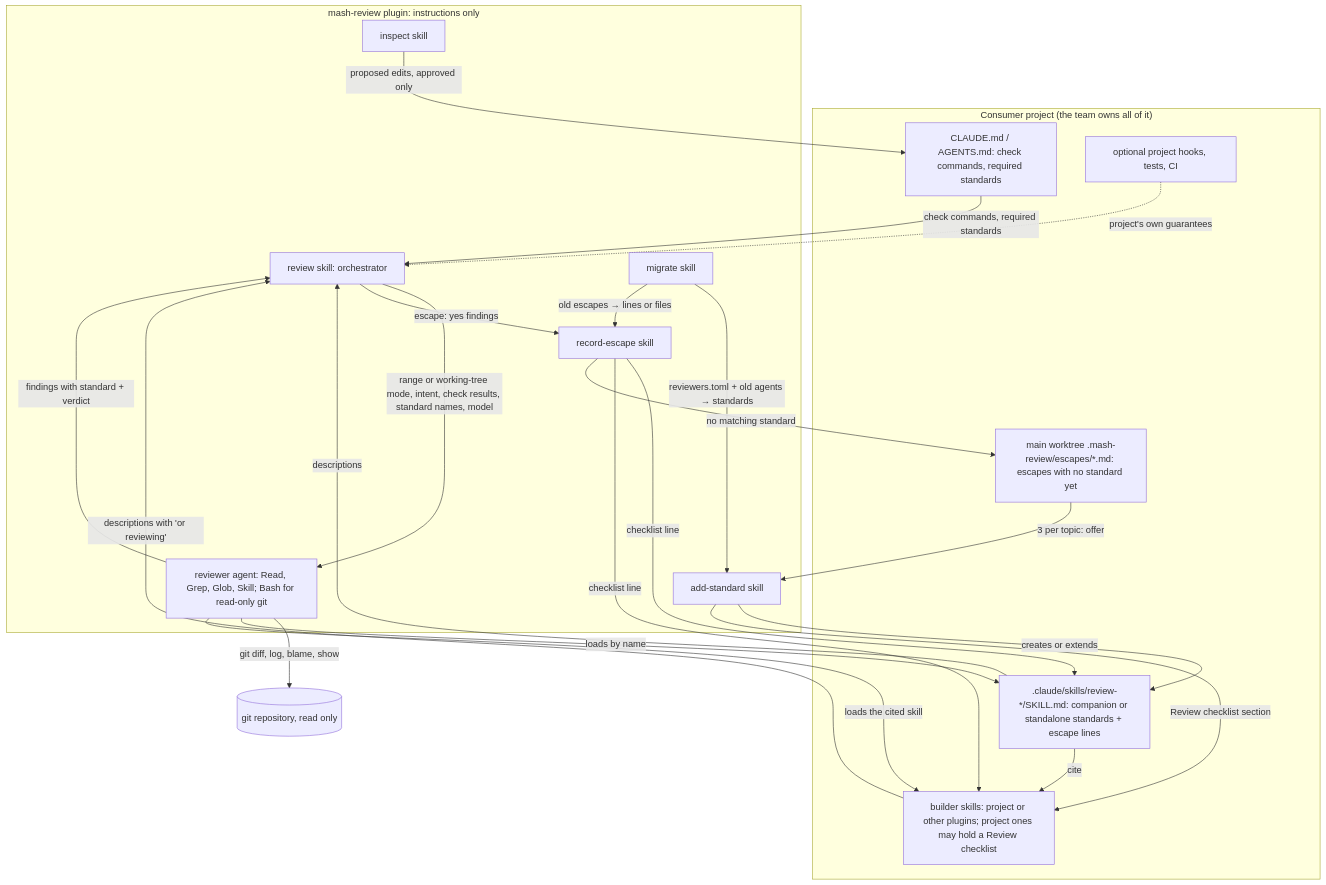
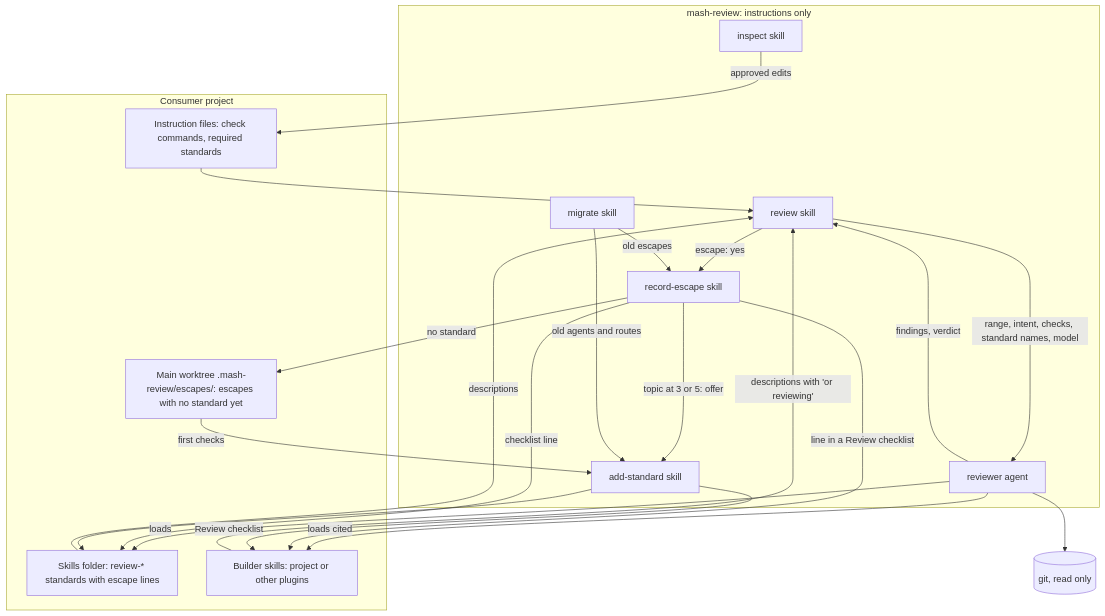
The first of 4 diagrams in docs/specs/mash-review.md (svelasquezr/mash-workbench-marketplace), drawn with Mermaid before and after one commit. The commit also changed other lines of this file and 12 other files, not shown here.

First line of the commit message:
fix(mash-review): apply the PR review: shorter spec, secrets rule, severity, Copilot CLI folders

````diff
--- a/docs/specs/mash-review.md
+++ b/docs/specs/mash-review.md
@@ -117,40 +64,40 @@
 ```mermaid
 flowchart TB
-  subgraph project["Consumer project (the team owns all of it)"]
-    rules["CLAUDE.md / AGENTS.md: check commands, required standards"]
-    standards[".claude/skills/review-*/SKILL.md: companion or standalone standards + escape lines"]
-    builders["builder skills: project or other plugins; project ones may hold a Review checklist"]
-    escfiles["main worktree .mash-review/escapes/*.md: escapes with no standard yet"]
-    hooks["optional project hooks, tests, CI"]
+  subgraph project["Consumer project"]
+    rules["Instruction files: check commands, required standards"]
+    standards["Skills folder: review-* standards with escape lines"]
+    builders["Builder skills: project or other plugins"]
+    escfiles["Main worktree .mash-review/escapes/: escapes with no standard yet"]
   end
 
-  subgraph plugin["mash-review plugin: instructions only"]
-    review["review skill: orchestrator"]
-    reviewer["reviewer agent: Read, Grep, Glob, Skill; Bash for read-only git"]
+  subgraph plugin["mash-review: instructions only"]
+    review["review skill"]
+    reviewer["reviewer agent"]
     record["record-escape skill"]
     add["add-standard skill"]
     inspect["inspect skill"]
     migrate["migrate skill"]
   end
 
-  rules -->|"check commands, required standards"| review
-  hooks -.->|"project's own guarantees"| review
-  standards -->|"descriptions"| review
+  git[("git, read only")]
+
+  rules --> review
+  standards -->|descriptions| review
   builders -->|"descriptions with 'or reviewing'"| review
-  review -->|"range or working-tree mode, intent, check results, standard names, model"| reviewer
-  reviewer -->|"git diff, log, blame, show"| git[("git repository, read only")]
-  reviewer -->|"loads by name"| standards
-  standards -->|"cite"| builders
-  reviewer -->|"loads the cited skill"| builders
-  reviewer -->|"findings with standard + verdict"| review
-  review -->|"escape: yes findings"| record
+  review -->|"range, intent, checks, standard names, model"| reviewer
+  reviewer --> git
+  reviewer -->|loads| standards
+  reviewer -->|loads cited| builders
+  reviewer -->|"findings, verdict"| review
+  review -->|"escape: yes"| record
   record -->|"checklist line"| standards
-  record -->|"checklist line"| builders
-  record -->|"no matching standard"| escfiles
-  escfiles -->|"3 per topic: offer"| add
-  add -->|"creates or extends"| standards
-  add -->|"Review checklist section"| builders
-  inspect -->|"proposed edits, approved only"| rules
-  migrate -->|"reviewers.toml + old agents → standards"| add
-  migrate -->|"old escapes → lines or files"| record
+  record -->|"line in a Review checklist"| builders
+  record -->|"no standard"| escfiles
+  record -->|"topic at 3 or 5: offer"| add
+  escfiles -->|"first checks"| add
+  add --> standards
+  add -->|"Review checklist"| builders
+  inspect -->|"approved edits"| rules
+  migrate -->|"old agents and routes"| add
+  migrate -->|"old escapes"| record
 ```
````
